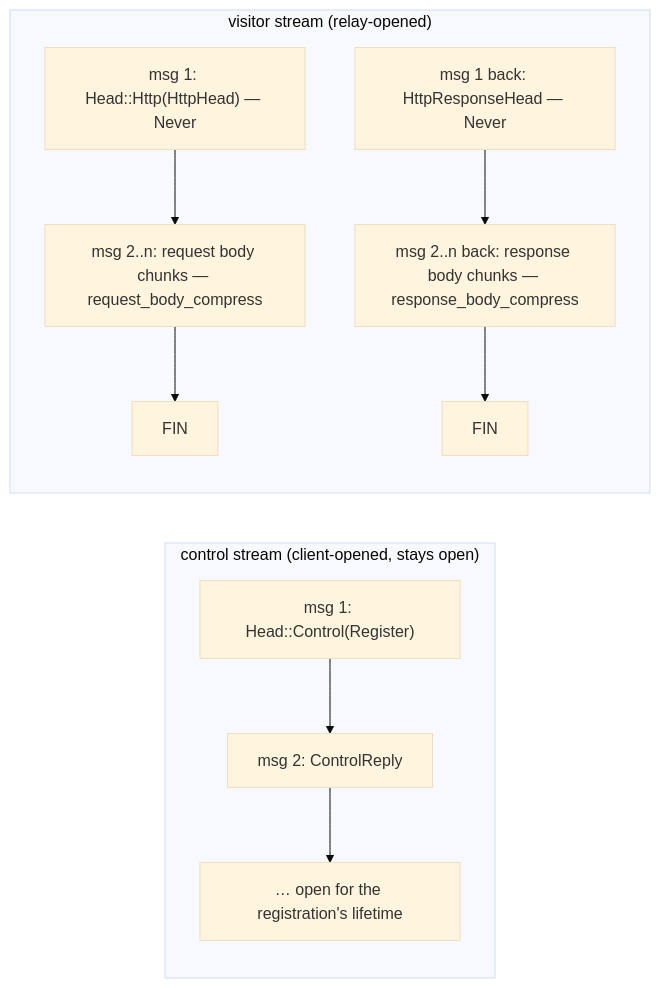
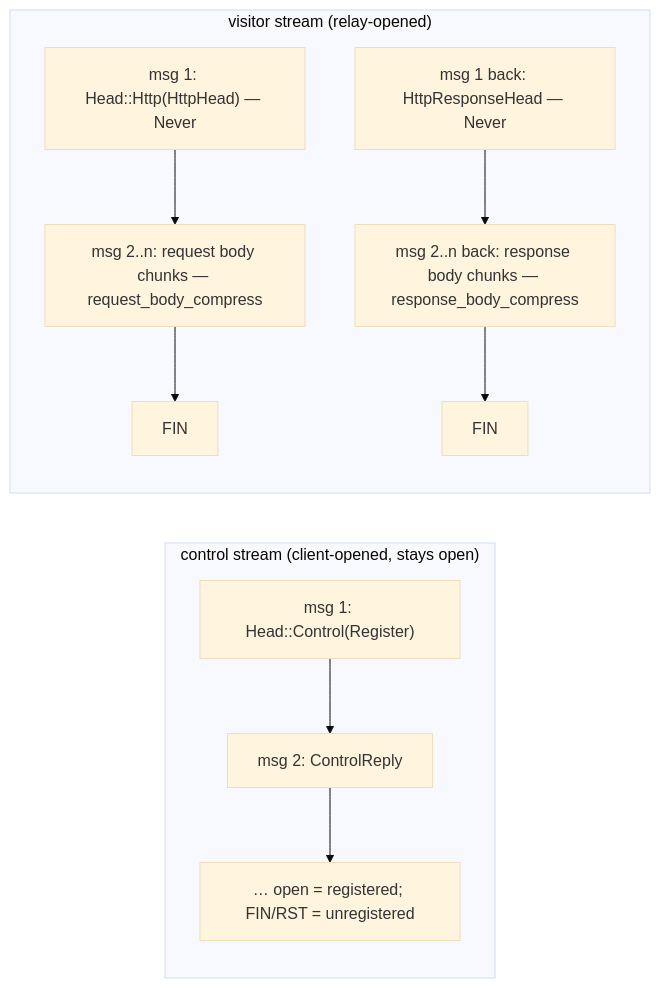
One commit to OffworldNexus/tunnel-weaver changed the ninth of 13 diagrams in docs/architecture.md. Above: the diagram before and after it, drawn with Mermaid (base theme). The commit also changed other lines of this file and 23 other files, not shown here.

````diff
--- a/docs/architecture.md
+++ b/docs/architecture.md
@@ -370,10 +371,10 @@
 ```mermaid
 flowchart LR
     subgraph control["control stream (client-opened, stays open)"]
-        c1["msg 1: Head::Control(Register)"] --> c2["msg 2: ControlReply"] --> c3["… open for the registration's lifetime"]
+        c1["msg 1: Head::Control(Register)"] --> c2["msg 2: ControlReply"] --> c3["… open = registered; FIN/RST = unregistered"]
     end
     subgraph visitor["visitor stream (relay-opened)"]
         v1["msg 1: Head::Http(HttpHead) — Never"] --> v2["msg 2..n: request body chunks — request_body_compress"] --> v3["FIN"]
         v4["msg 1 back: HttpResponseHead — Never"] --> v5["msg 2..n back: response body chunks — response_body_compress"] --> v6["FIN"]
     end
 ```
````
